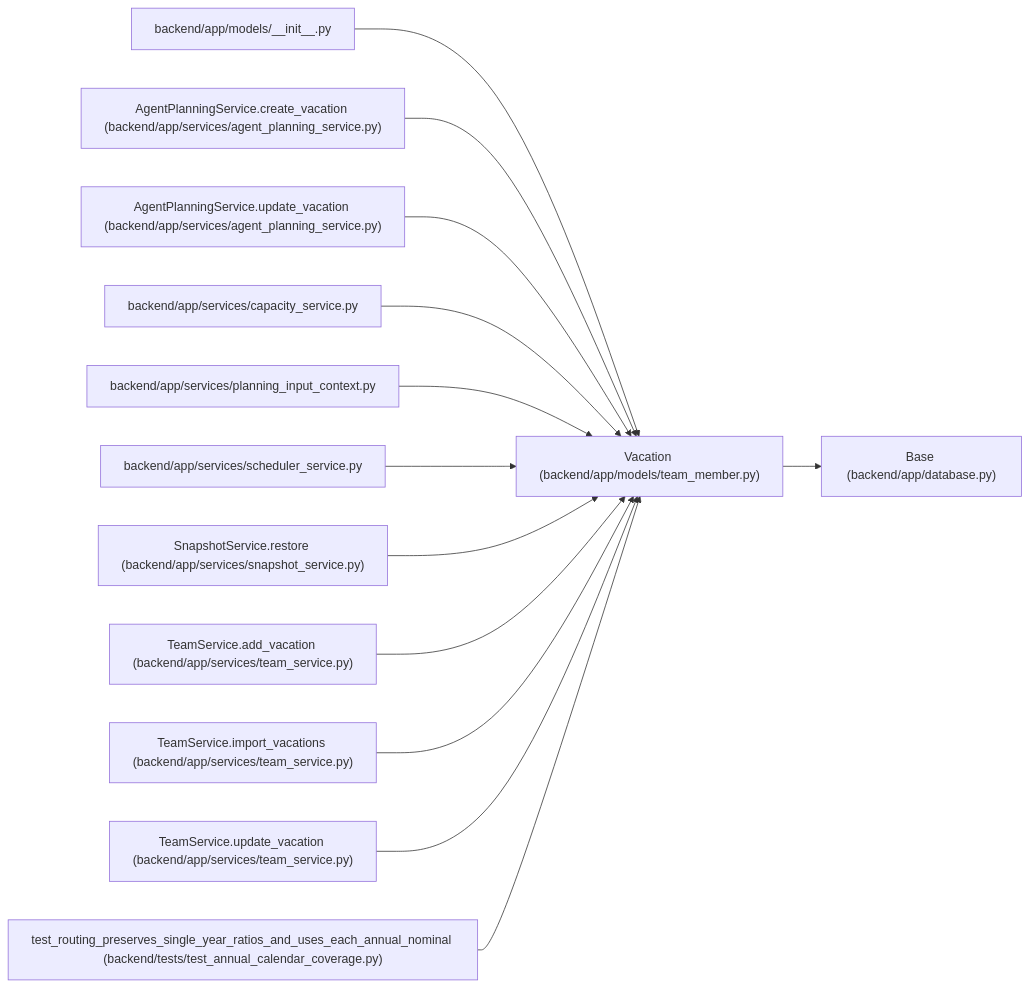
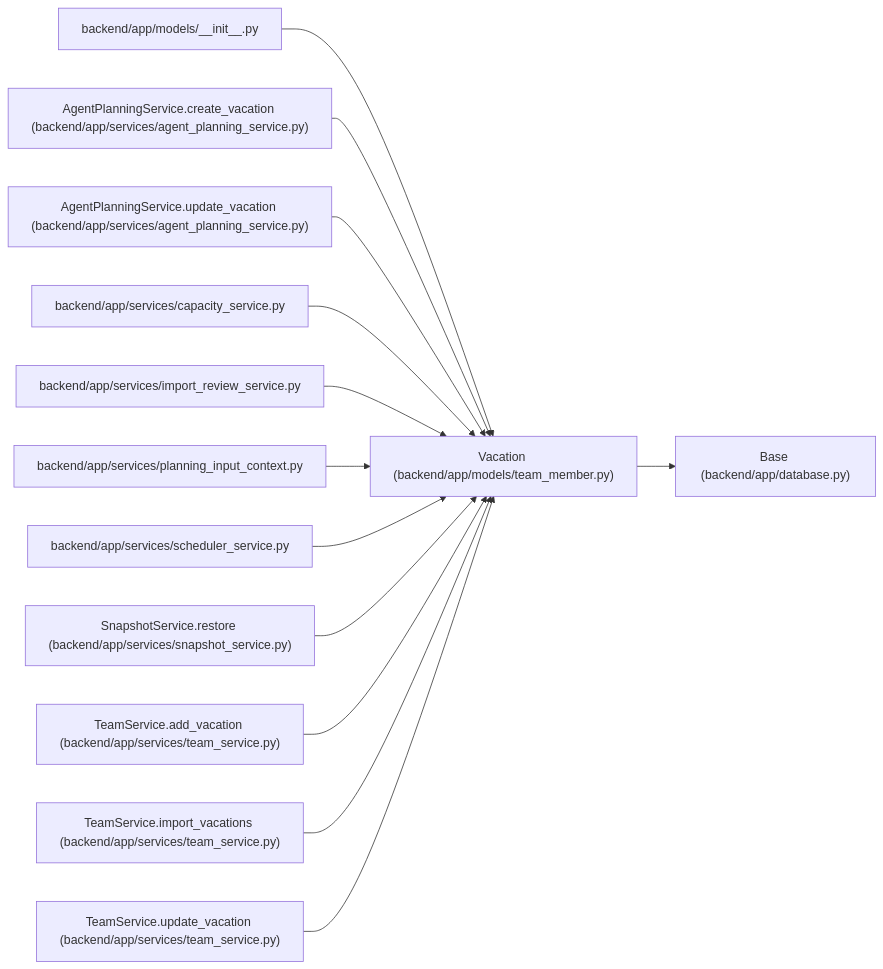
The diagram in docs/llm_wiki/entities/team_member_Vacation.md (Denissvgn/WorkChord), drawn with Mermaid before and after one commit. The commit also changed other lines of this file and 791 other files, not shown here.

Commit message:
Sync the architectural wiki for the plan-import dry run

````diff
--- a/docs/llm_wiki/entities/team_member_Vacation.md
+++ b/docs/llm_wiki/entities/team_member_Vacation.md
@@ -30,41 +30,41 @@
 ```mermaid
 flowchart LR
     n0["Vacation (backend/app/models/team_member.py)"]
     n1["Base (backend/app/database.py)"]
     n2["backend/app/models/__init__.py"]
     n3["AgentPlanningService.create_vacation (backend/app/services/agent_planning_service.py)"]
     n4["AgentPlanningService.update_vacation (backend/app/services/agent_planning_service.py)"]
     n5["backend/app/services/capacity_service.py"]
-    n6["backend/app/services/planning_input_context.py"]
-    n7["backend/app/services/scheduler_service.py"]
-    n8["SnapshotService.restore (backend/app/services/snapshot_service.py)"]
-    n9["TeamService.add_vacation (backend/app/services/team_service.py)"]
-    n10["TeamService.import_vacations (backend/app/services/team_service.py)"]
-    n11["TeamService.update_vacation (backend/app/services/team_service.py)"]
-    n12["test_routing_preserves_single_year_ratios_and_uses_each_annual_nominal (backend/tests/test_annual_calendar_coverage.py)"]
+    n6["backend/app/services/import_review_service.py"]
+    n7["backend/app/services/planning_input_context.py"]
+    n8["backend/app/services/scheduler_service.py"]
+    n9["SnapshotService.restore (backend/app/services/snapshot_service.py)"]
+    n10["TeamService.add_vacation (backend/app/services/team_service.py)"]
+    n11["TeamService.import_vacations (backend/app/services/team_service.py)"]
+    n12["TeamService.update_vacation (backend/app/services/team_service.py)"]
     n0 --> n1
     n2 --> n0
     n3 --> n0
     n4 --> n0
     n5 --> n0
     n6 --> n0
     n7 --> n0
     n8 --> n0
     n9 --> n0
     n10 --> n0
     n11 --> n0
     n12 --> n0
     click n0 "../modules/team_member.md"
     click n1 "../modules/app_database.md"
     click n2 "../modules/models___init__.md"
     click n3 "../modules/agent_planning_service.md"
     click n4 "../modules/agent_planning_service.md"
     click n5 "../modules/capacity_service.md"
-    click n6 "../modules/planning_input_context.md"
-    click n7 "../modules/scheduler_service.md"
-    click n8 "../modules/snapshot_service.md"
-    click n9 "../modules/team_service.md"
+    click n6 "../modules/import_review_service.md"
+    click n7 "../modules/planning_input_context.md"
+    click n8 "../modules/scheduler_service.md"
+    click n9 "../modules/snapshot_service.md"
     click n10 "../modules/team_service.md"
     click n11 "../modules/team_service.md"
-    click n12 "../modules/test_annual_calendar_coverage.md"
+    click n12 "../modules/team_service.md"
 ```
````
